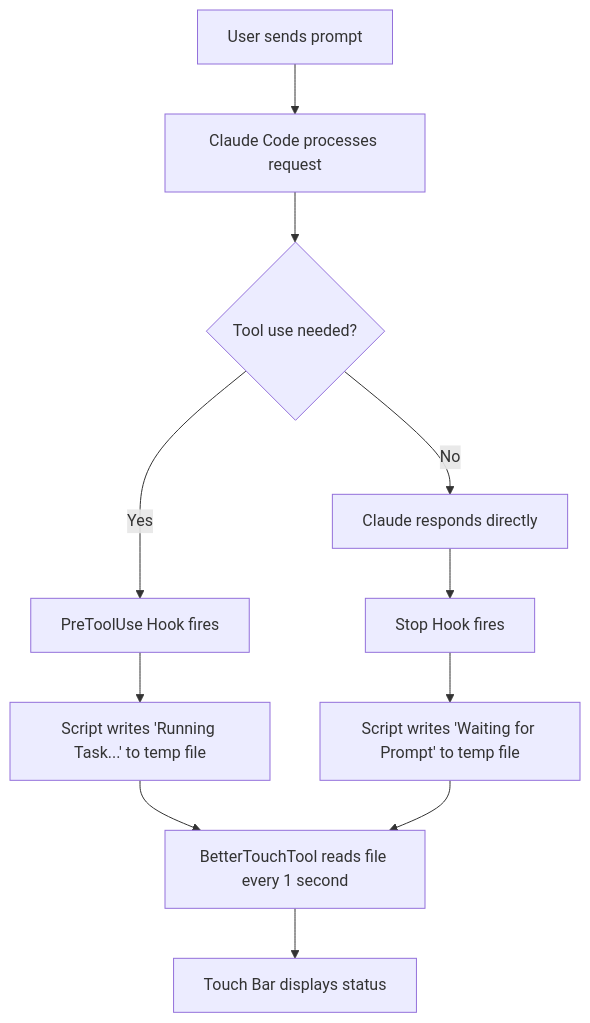
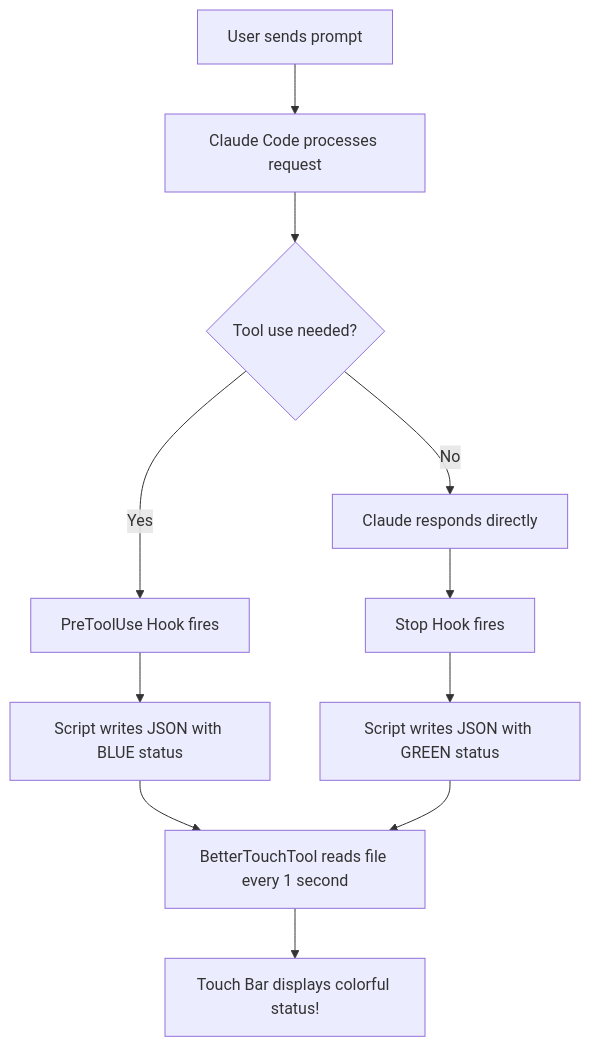
The diagram in docs/chapters/macbook-touchbar-status/index.md (dmccreary/moving-rainbow), drawn with Mermaid before and after one commit. The commit also changed other lines of this file and 3 other files, not shown here.

````diff
--- a/docs/chapters/macbook-touchbar-status/index.md
+++ b/docs/chapters/macbook-touchbar-status/index.md
@@ -138,13 +153,13 @@
 ```mermaid
 graph TD
     A[User sends prompt] --> B[Claude Code processes request]
     B --> C{Tool use needed?}
     C -->|Yes| D[PreToolUse Hook fires]
-    D --> E[Script writes 'Running Task...' to temp file]
+    D --> E[Script writes JSON with BLUE status]
     E --> F[BetterTouchTool reads file every 1 second]
-    F --> G[Touch Bar displays status]
+    F --> G[Touch Bar displays colorful status!]
     C -->|No| H[Claude responds directly]
     H --> I[Stop Hook fires]
-    I --> J[Script writes 'Waiting for Prompt' to temp file]
+    I --> J[Script writes JSON with GREEN status]
     J --> F
 ```
````
